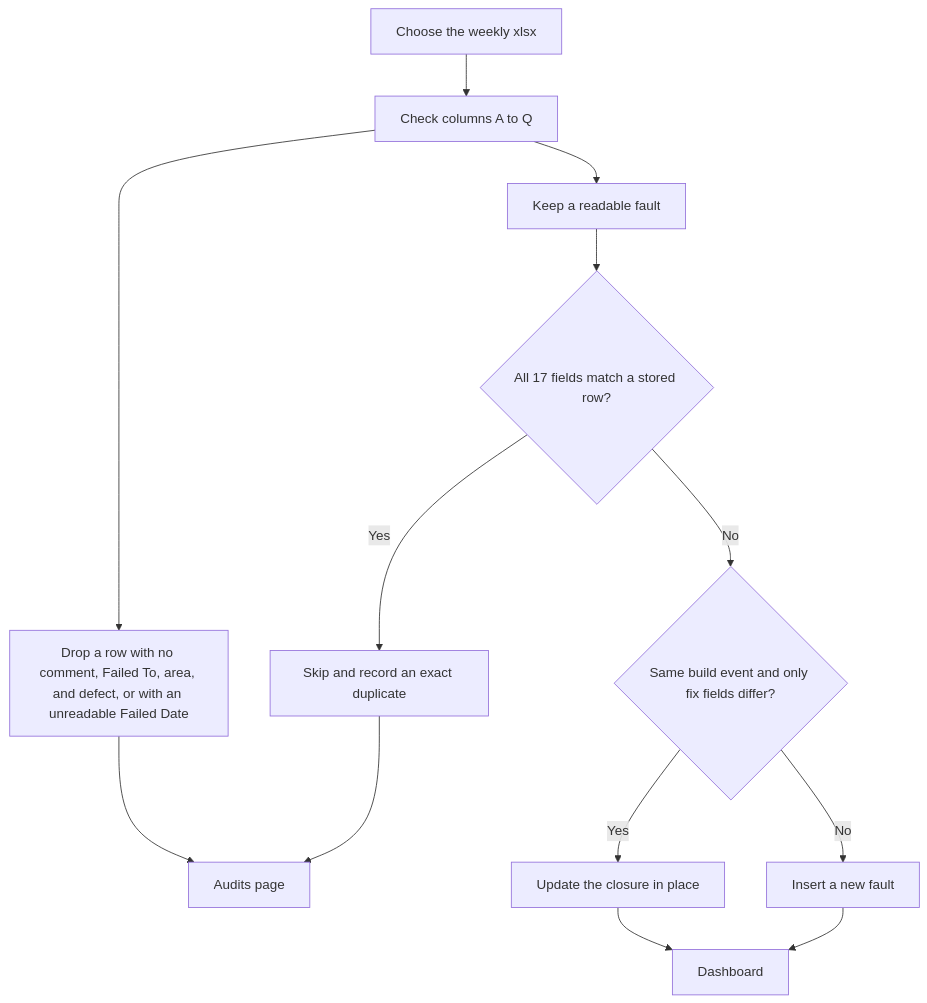
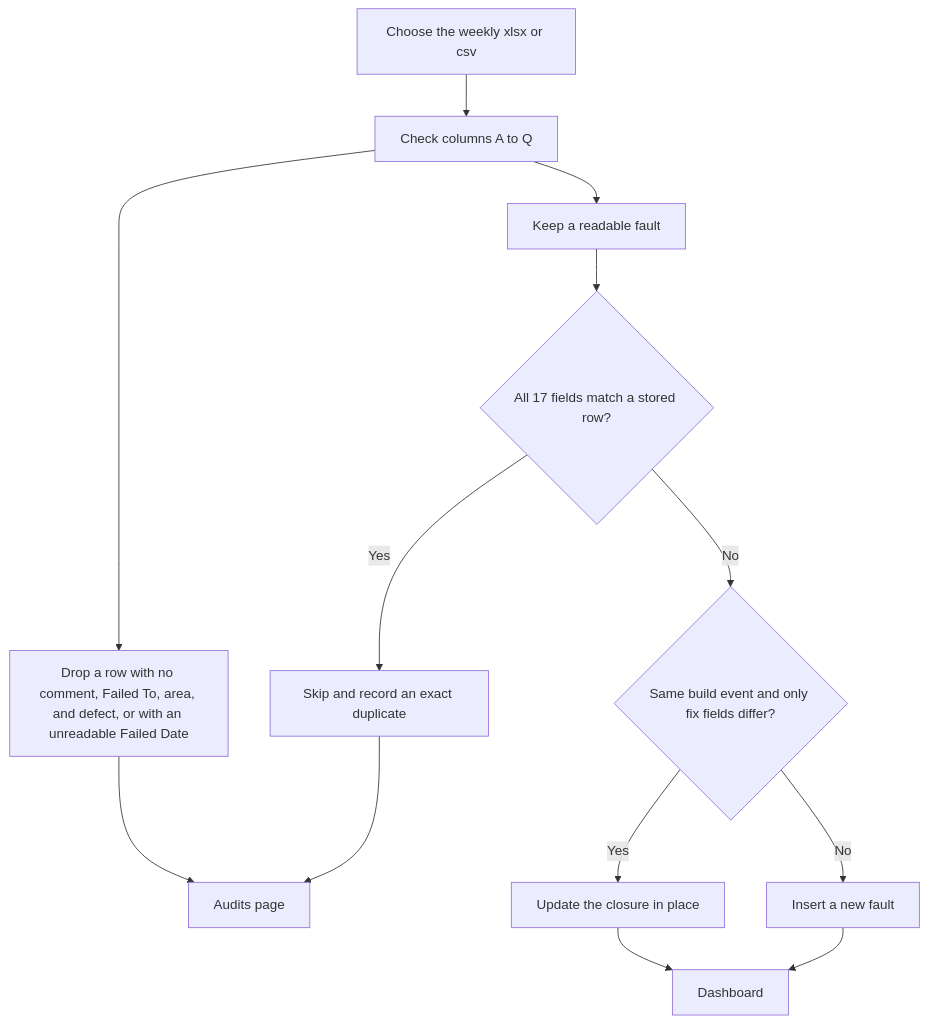
Before and after one commit to BigTrip1/weekly-dpu: the diagram in DOC/02-upload-sop.md, drawn with Mermaid. The commit also changed other lines of this file and 7 other files, not shown here.

````diff
--- a/DOC/02-upload-sop.md
+++ b/DOC/02-upload-sop.md
@@ -7,15 +19,15 @@
 ```mermaid
 flowchart TD
-  file["Choose the weekly xlsx"] --> columns["Check columns A to Q"]
+  file["Choose the weekly xlsx or csv"] --> columns["Check columns A to Q"]
   columns --> bad["Drop a row with no comment, Failed To, area, and defect, or with an unreadable Failed Date"]
   columns --> keep["Keep a readable fault"]
   keep --> exact{"All 17 fields match a stored row?"}
   exact -->|Yes| skip["Skip and record an exact duplicate"]
   exact -->|No| sameEvent{"Same build event and only fix fields differ?"}
   sameEvent -->|Yes| update["Update the closure in place"]
   sameEvent -->|No| insert["Insert a new fault"]
   bad --> audit["Audits page"]
   skip --> audit
   update --> dash["Dashboard"]
   insert --> dash
 ```
````
